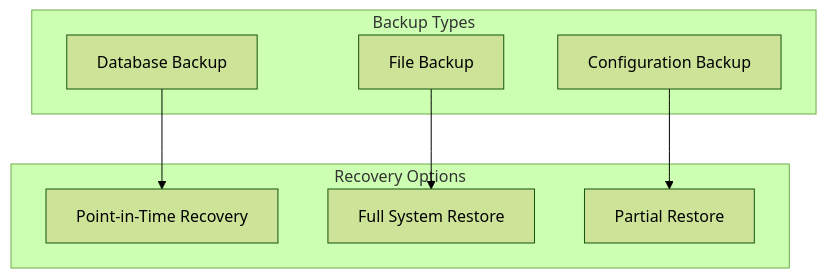
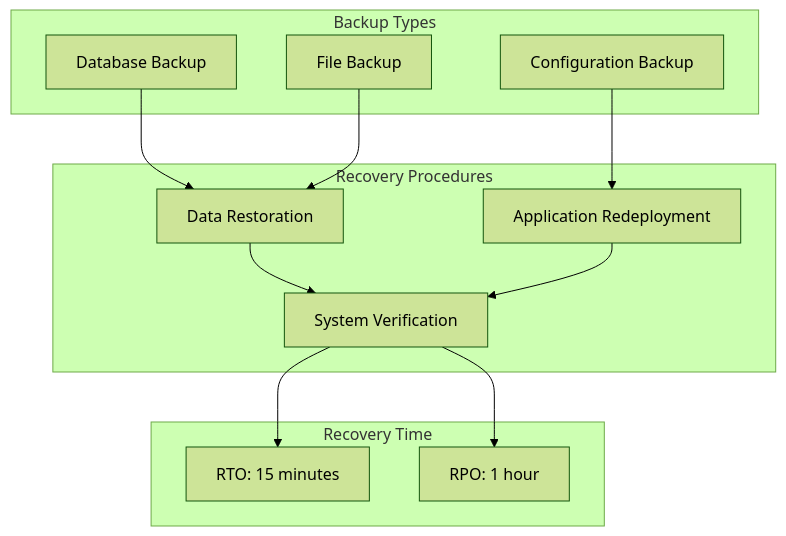
Before and after one commit to HenryVantieghem/Meridian-app: diagram 16 of 18 in docs/ARCHITECTURE.md, drawn with Mermaid (forest theme). The commit also changed other lines of this file and 8 other files, not shown here.

````diff
--- a/docs/ARCHITECTURE.md
+++ b/docs/ARCHITECTURE.md
@@ -406,18 +495,27 @@
 ```mermaid
-graph TB
+graph TD
     subgraph "Backup Types"
-        Database[Database Backup]
+        DB[Database Backup]
         Files[File Backup]
         Config[Configuration Backup]
     end
-
-    subgraph "Recovery Options"
-        PointInTime[Point-in-Time Recovery]
-        FullRestore[Full System Restore]
-        PartialRestore[Partial Restore]
+    
+    subgraph "Recovery Procedures"
+        Restore[Data Restoration]
+        Redeploy[Application Redeployment]
+        Verify[System Verification]
     end
-
-    Database --> PointInTime
-    Files --> FullRestore
-    Config --> PartialRestore
+    
+    subgraph "Recovery Time"
+        RTO[RTO: 15 minutes]
+        RPO[RPO: 1 hour]
+    end
+    
+    DB --> Restore
+    Files --> Restore
+    Config --> Redeploy
+    Restore --> Verify
+    Redeploy --> Verify
+    Verify --> RTO
+    Verify --> RPO
 ```
````
